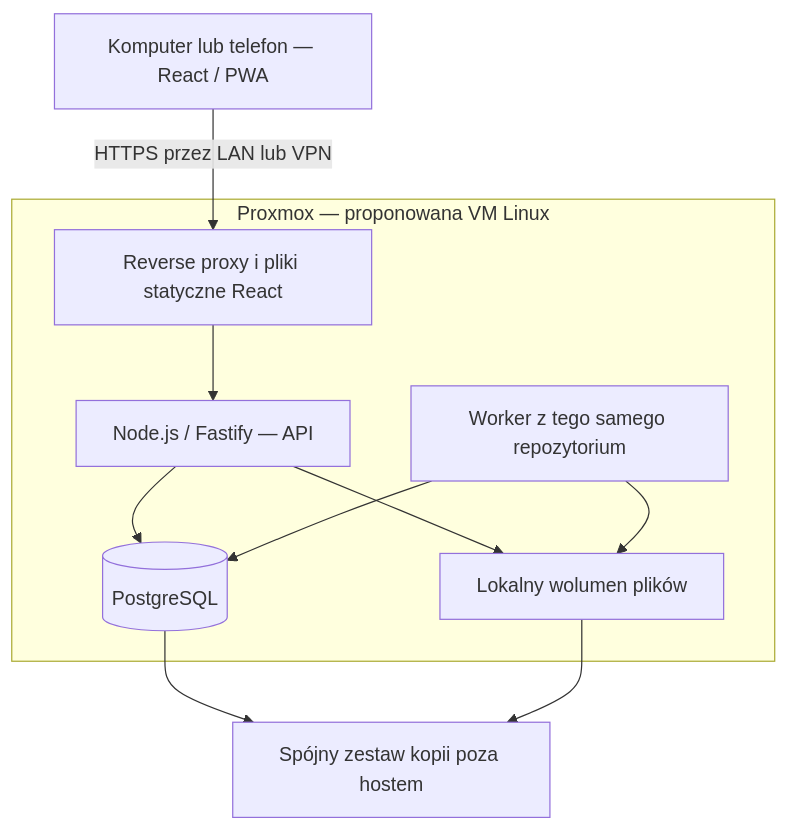
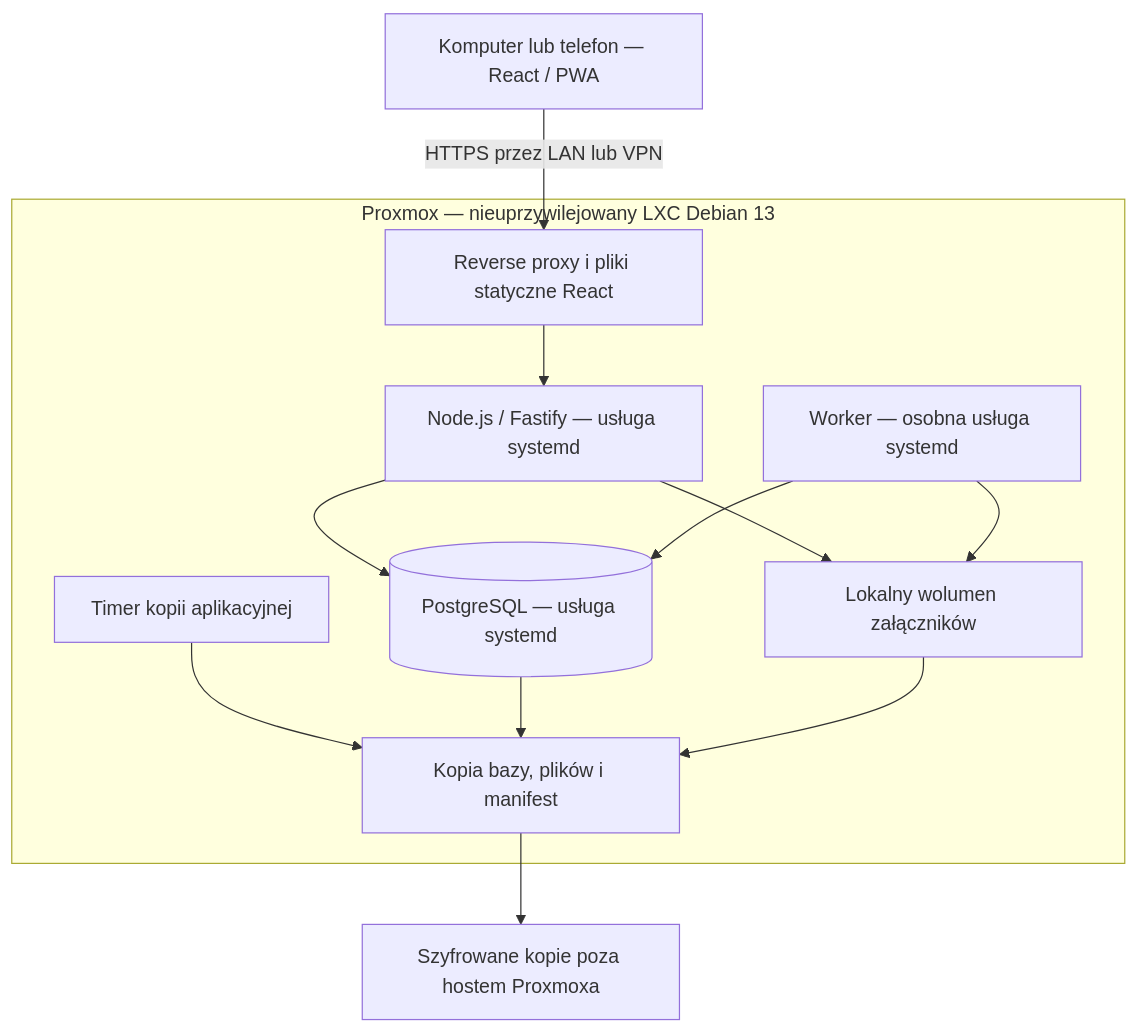
The diagram in docs/audit/ARCHITECTURE.md (llit47/sitegrid), drawn with Mermaid before and after one commit. The commit also changed other lines of this file and 4 other files, not shown here.

Commit message:
docs: record HERC browser audit and Debian 13 LXC architecture

````diff
--- a/docs/audit/ARCHITECTURE.md
+++ b/docs/audit/ARCHITECTURE.md
@@ -11,13 +19,15 @@
 ```mermaid
 flowchart TD
     U[Komputer lub telefon — React / PWA] -->|HTTPS przez LAN lub VPN| R
-    subgraph P[Proxmox — proponowana VM Linux]
-      R[Reverse proxy i pliki statyczne React] --> A[Node.js / Fastify — API]
-      A --> D[(PostgreSQL)]
-      A --> F[Lokalny wolumen plików]
-      W[Worker z tego samego repozytorium] --> D
+    subgraph P[Proxmox — nieuprzywilejowany LXC Debian 13]
+      R[Reverse proxy i pliki statyczne React] --> A[Node.js / Fastify — usługa systemd]
+      A --> D[(PostgreSQL — usługa systemd)]
+      A --> F[Lokalny wolumen załączników]
+      W[Worker — osobna usługa systemd] --> D
       W --> F
+      T[Timer kopii aplikacyjnej] --> B[Kopia bazy, plików i manifest]
+      D --> B
+      F --> B
     end
-    D --> B[Spójny zestaw kopii poza hostem]
-    F --> B
+    B --> E[Szyfrowane kopie poza hostem Proxmoxa]
 ```
````
